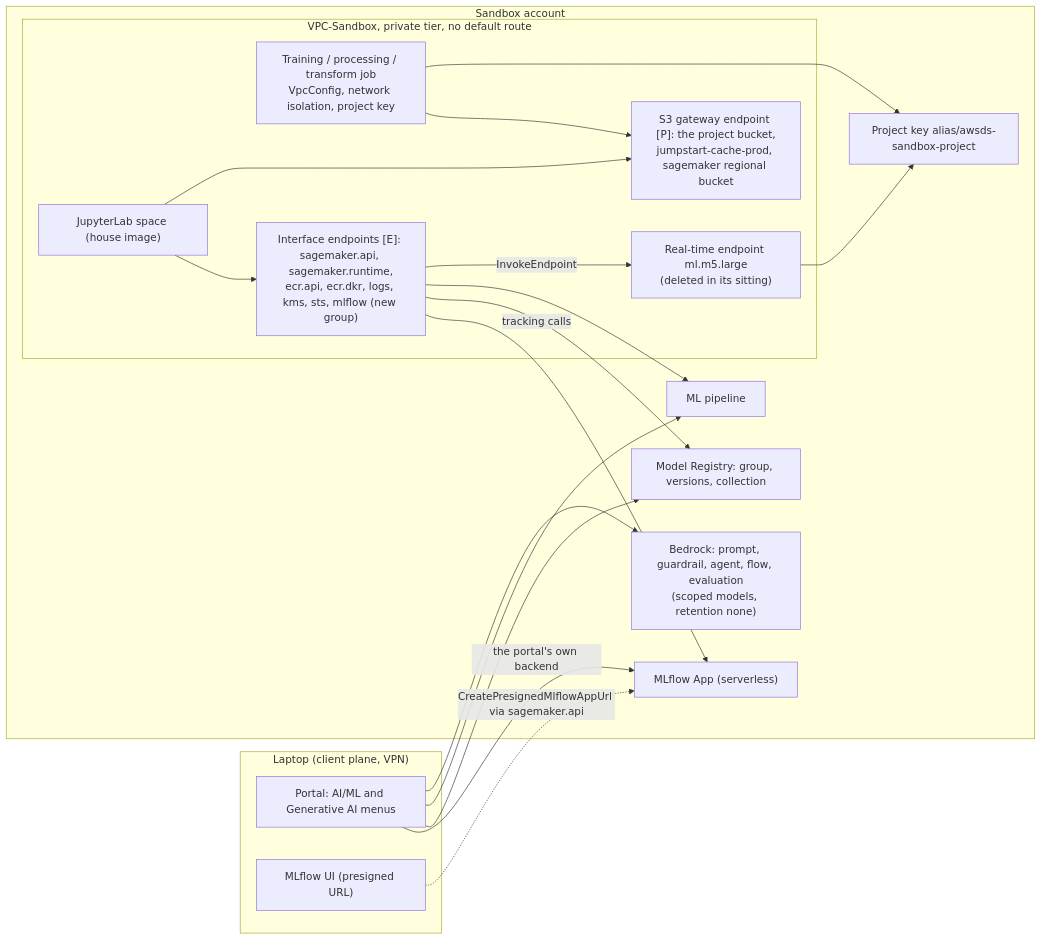
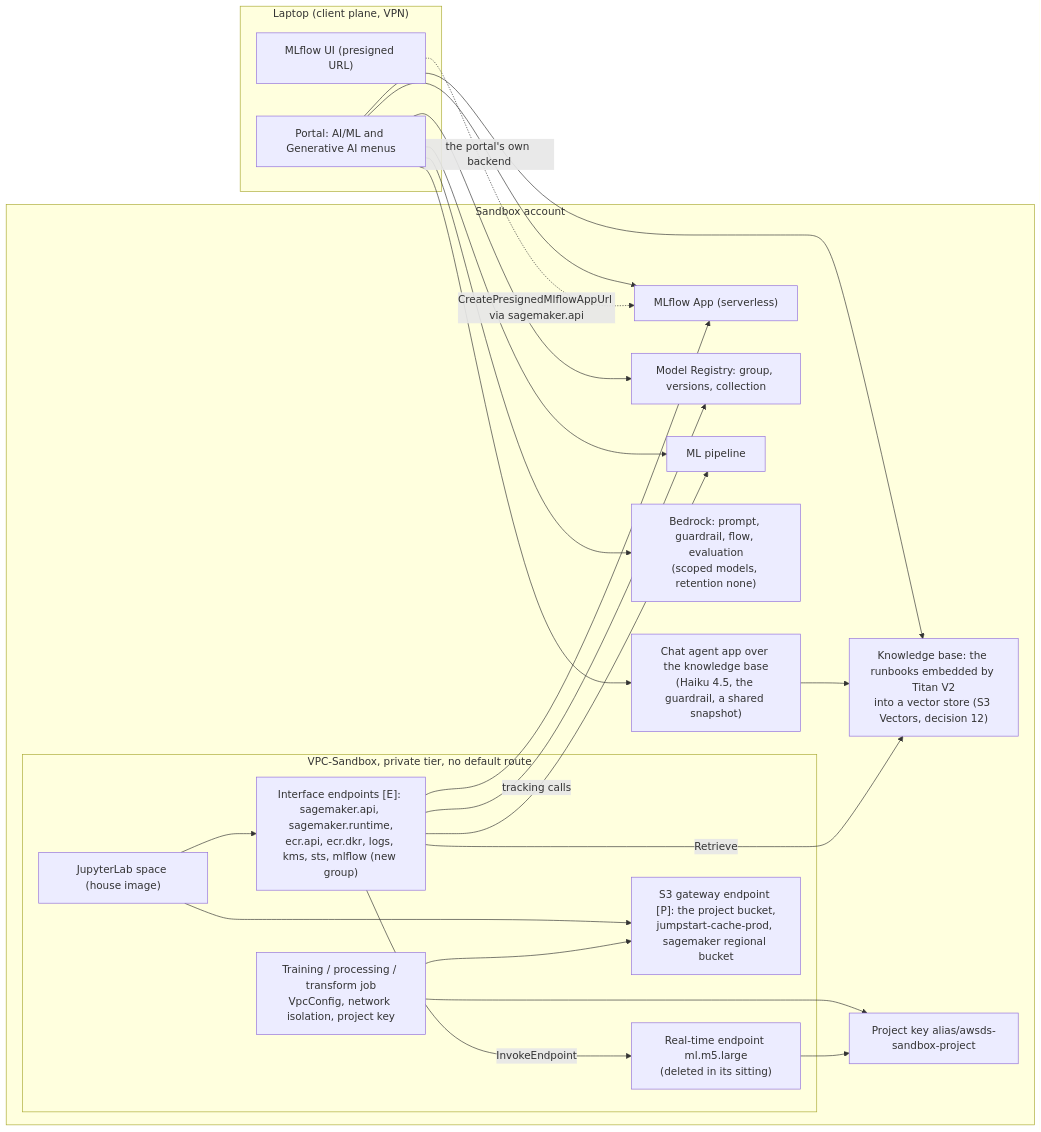
Before and after one commit to felipenoris/AWS-DataScience: the diagram in docs/plan/stages/stage-17-sandbox-machine-learning.md, drawn with Mermaid. The commit also changed other lines of this file and 7 other files, not shown here.

First line of the commit message:
Stage 17: decisions 1-3 taken, a chat agent over a knowledge base in pass 7

````diff
--- a/docs/plan/stages/stage-17-sandbox-machine-learning.md
+++ b/docs/plan/stages/stage-17-sandbox-machine-learning.md
@@ -92,35 +96,41 @@
 ```mermaid
 flowchart LR
   subgraph laptop["Laptop (client plane, VPN)"]
     portal["Portal: AI/ML and Generative AI menus"]
     mlui["MLflow UI (presigned URL)"]
   end
   subgraph sandbox["Sandbox account"]
     subgraph vpc["VPC-Sandbox, private tier, no default route"]
       space["JupyterLab space (house image)"]
       job["Training / processing / transform job<br/>VpcConfig, network isolation, project key"]
       ep["Real-time endpoint ml.m5.large<br/>(deleted in its sitting)"]
       vpce["Interface endpoints [E]: sagemaker.api, sagemaker.runtime,<br/>ecr.api, ecr.dkr, logs, kms, sts, mlflow (new group)"]
       gw["S3 gateway endpoint [P]: the project bucket,<br/>jumpstart-cache-prod, sagemaker regional bucket"]
     end
     app["MLflow App (serverless)"]
     reg["Model Registry: group, versions, collection"]
     pipe["ML pipeline"]
-    br["Bedrock: prompt, guardrail, agent, flow, evaluation<br/>(scoped models, retention none)"]
+    br["Bedrock: prompt, guardrail, flow, evaluation<br/>(scoped models, retention none)"]
+    kb["Knowledge base: the runbooks embedded by Titan V2<br/>into a vector store (S3 Vectors, decision 12)"]
+    agent["Chat agent app over the knowledge base<br/>(Haiku 4.5, the guardrail, a shared snapshot)"]
     key["Project key alias/awsds-sandbox-project"]
   end
   portal -->|"the portal's own backend"| app
   portal --> reg
   portal --> pipe
   portal --> br
+  portal --> kb
+  portal --> agent
+  agent --> kb
+  vpce -->|"Retrieve"| kb
   space --> vpce
   space --> gw
   vpce -->|"tracking calls"| app
   vpce --> reg
   vpce --> pipe
   vpce -->|"InvokeEndpoint"| ep
   job --> gw
   job --> key
   ep --> key
   mlui -.->|"CreatePresignedMlflowAppUrl via sagemaker.api"| app
 ```
````
